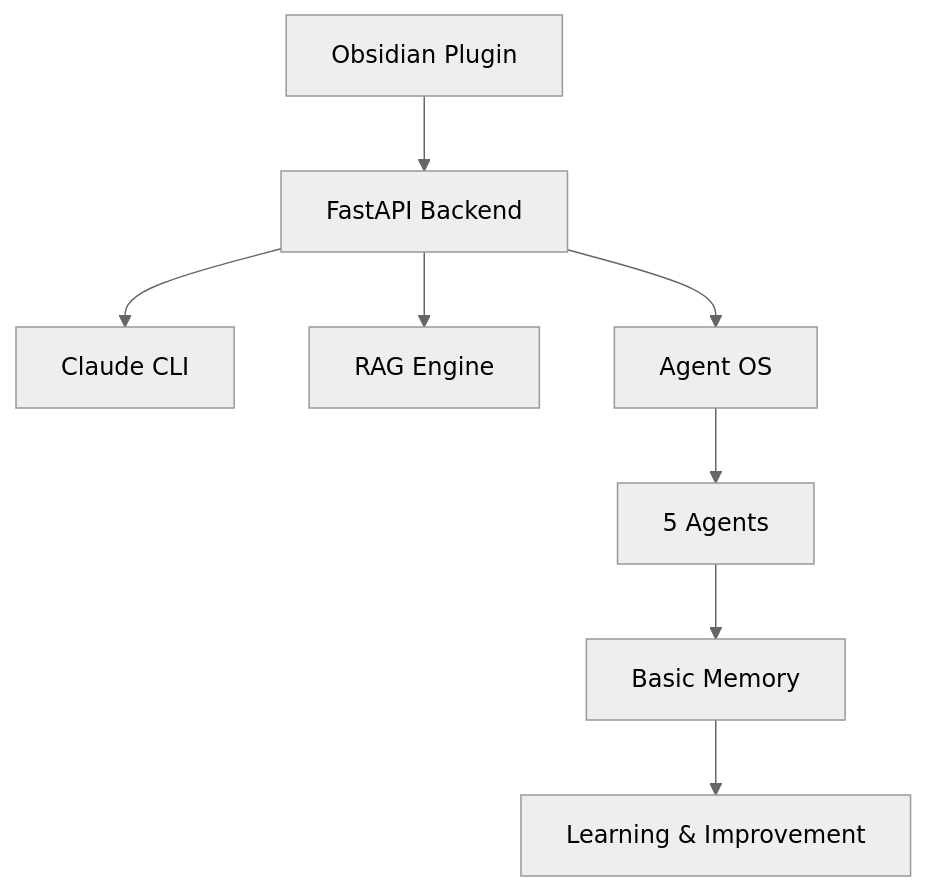
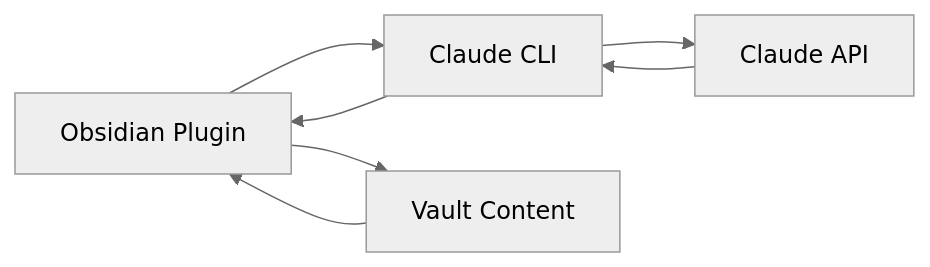
The diagram in docs/README.md (caioniehues/obsidian-copilot), drawn with Mermaid (neutral theme) before and after one commit. The commit also changed other lines of this file and 69 other files, not shown here.

First line of the commit message:
feat: Transform from complex RAG system to streamlined Claude CLI chat plugin

````diff
--- a/docs/README.md
+++ b/docs/README.md
@@ -101,10 +66,9 @@
 ```mermaid
-graph TD
-    A[Obsidian Plugin] --> B[FastAPI Backend]
-    B --> C[Claude CLI]
-    B --> D[RAG Engine]
-    B --> E[Agent OS]
-    E --> F[5 Agents]
-    F --> G[Basic Memory]
-    G --> H[Learning & Improvement]
+graph LR
+    A[Obsidian Plugin] --> B[Claude CLI]
+    B --> C[Claude API]
+    A --> D[Vault Content]
+    D --> A
+    C --> B
+    B --> A
 ```
````
